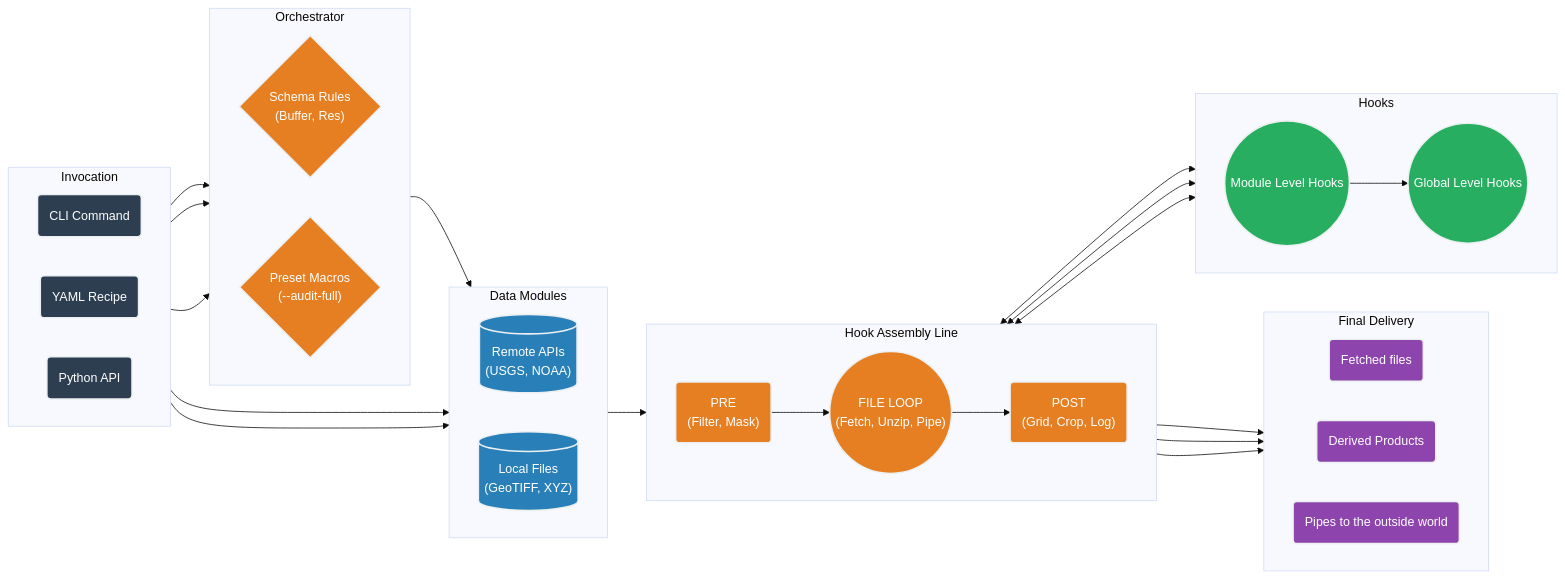
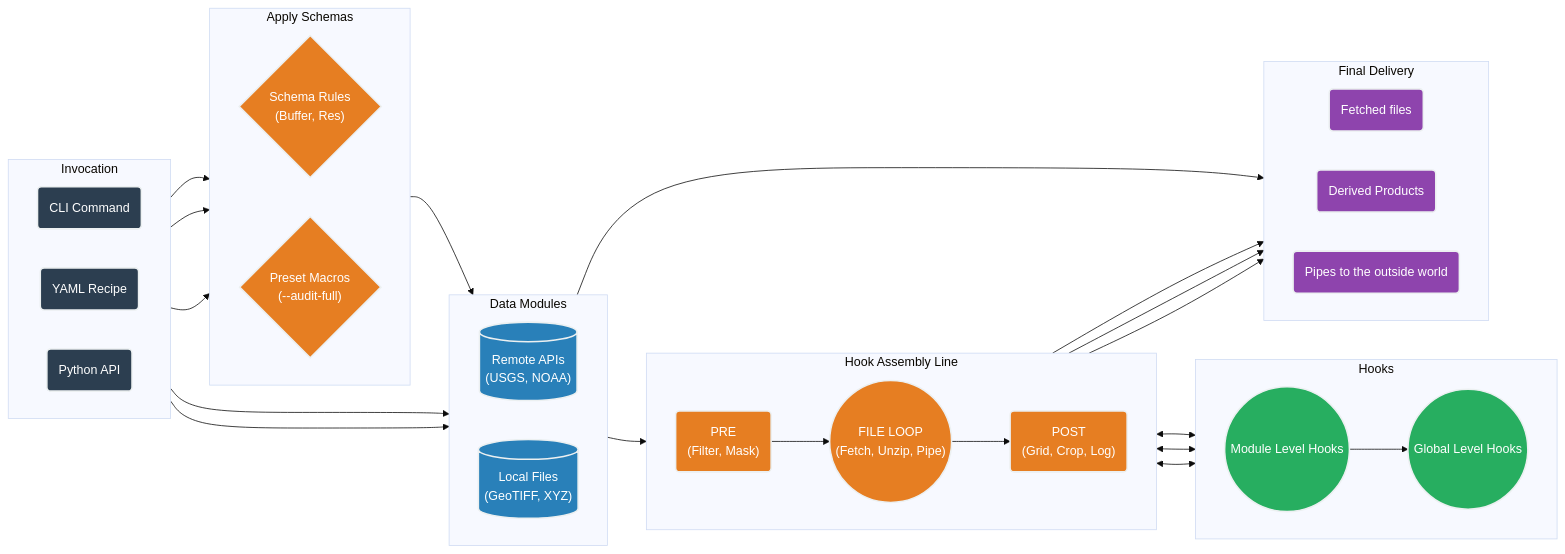
Before and after one commit to continuous-dems/fetchez: the diagram in README.md, drawn with Mermaid (base theme).

Commit message:
mermaid test

````diff
--- a/README.md
+++ b/README.md
@@ -17,69 +17,70 @@
 ```mermaid
 flowchart LR
     %% Custom Styling
     classDef input fill:#2c3e50,stroke:#ecf0f1,stroke-width:2px,color:#fff,rx:5px,ry:5px;
     classDef engine fill:#e67e22,stroke:#ecf0f1,stroke-width:2px,color:#fff,rx:5px,ry:5px;
     classDef module fill:#2980b9,stroke:#ecf0f1,stroke-width:2px,color:#fff,rx:5px,ry:5px;
     classDef hook fill:#27ae60,stroke:#ecf0f1,stroke-width:2px,color:#fff,rx:5px,ry:5px;
     classDef output fill:#8e44ad,stroke:#ecf0f1,stroke-width:2px,color:#fff,rx:5px,ry:5px;
 
     subgraph Inputs ["Invocation"]
         direction LR
         CLI("CLI Command"):::input
         Recipe("YAML Recipe"):::input
         API("Python API"):::input
     end
 
-    subgraph Brain ["Orchestrator"]
+    subgraph Schemas ["Apply Schemas"]
         direction LR
         Schema{"Schema Rules<br/>(Buffer, Res)"}:::engine
         Presets{"Preset Macros<br/>(--audit-full)"}:::engine
     end
 
     subgraph Sources ["Data Modules"]
         direction LR
         Remote[("Remote APIs<br/>(USGS, NOAA)")]:::module
         Local[("Local Files<br/>(GeoTIFF, XYZ)")]:::module
     end
 
 
     subgraph Pipeline ["Hook Assembly Line"]
         direction LR
         Pre("PRE<br/>(Filter, Mask)"):::engine
         File(("FILE LOOP<br/>(Fetch, Unzip, Pipe)")):::engine
         Post("POST<br/>(Grid, Crop, Log)"):::engine
 
         Pre-->File
         File-->Post
 
     end
 
     subgraph Out ["Final Delivery"]
         direction LR
         Files("Fetched files"):::output
         Products("Derived Products"):::output
         Pipes("Pipes to the outside world"):::output
     end
 
     subgraph Hooks ["Hooks"]
         direction LR
         ModuleLevelHooks(("Module Level Hooks")):::hook
         GlobalLevelHooks(("Global Level Hooks")):::hook
         ModuleLevelHooks-->GlobalLevelHooks
     end
 
     %% Connections
     CLI --> Sources
-    CLI --> Brain
+    CLI --> Schemas
     API --> Sources
-    Recipe --> Brain
-    API --> Brain
-    Brain --> Sources
+    Recipe --> Schemas
+    API --> Schemas
+    Schemas --> Sources
     Sources --> Pipeline
+	Sources --> Out
     Pre <--> Hooks
     Pre --> Out
     File <--> Hooks
     File --> Out
     Post <--> Hooks
     Post --> Out
 ```
````
